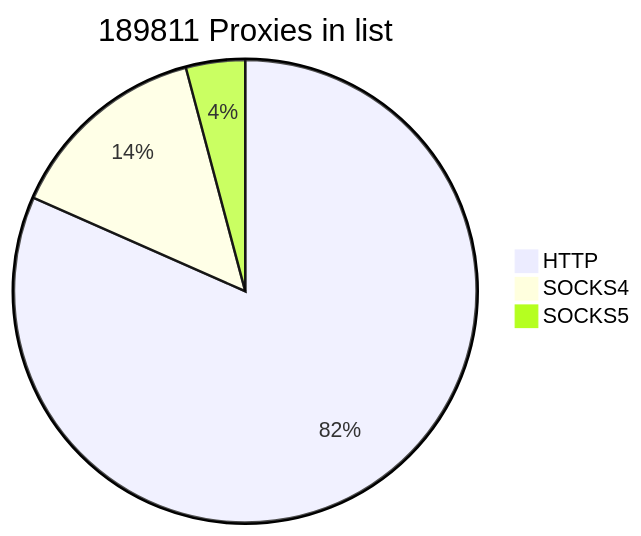
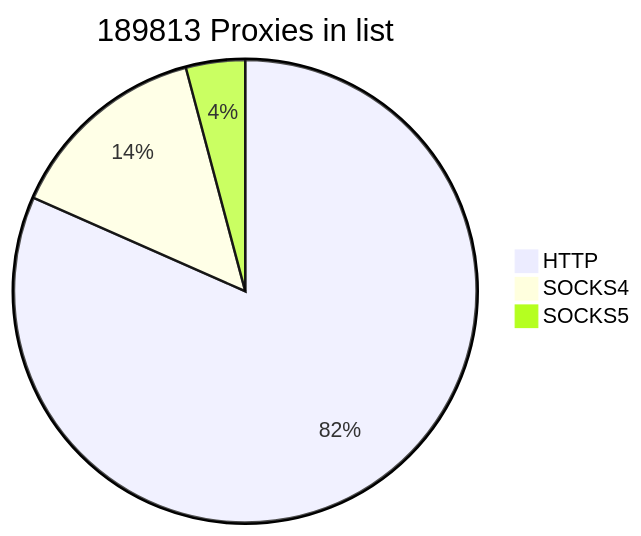
The first of 2 diagrams in README.md (cutipu/proxylist), drawn with Mermaid before and after one commit. The commit also changed other lines of this file, not shown here.

````diff
--- a/README.md
+++ b/README.md
@@ -2,7 +2,7 @@
 ```mermaid
-pie title 189811 Proxies in list
+pie title 189813 Proxies in list
     "HTTP" : 154919
     "SOCKS4" : 27047
-    "SOCKS5" : 7845
+    "SOCKS5" : 7847
             
 ```
````
